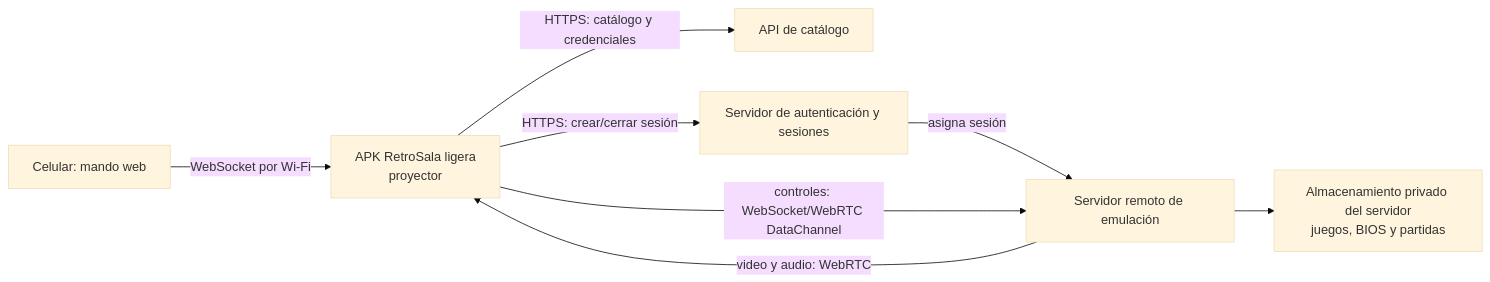
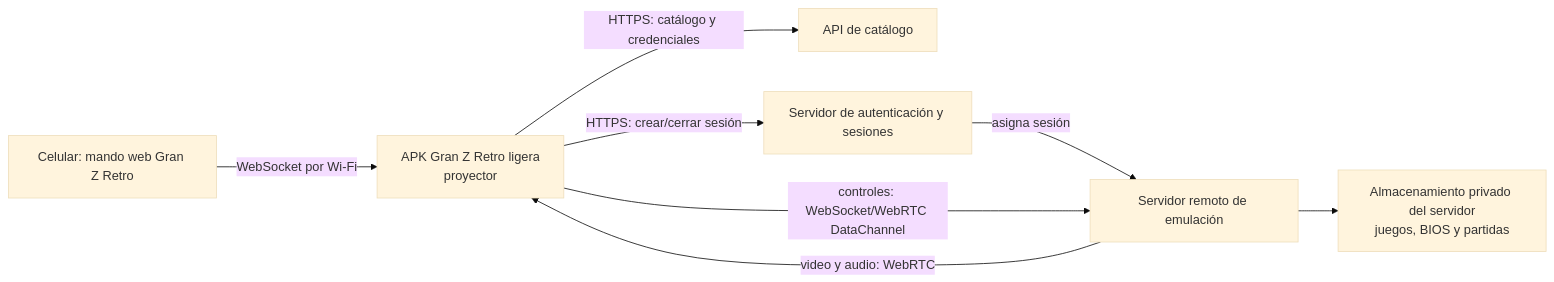
One commit to josemrojasamaya-cpu/retrocloud changed the diagram in ARQUITECTURA.md. Above: the diagram before and after it, drawn with Mermaid (base theme). The commit also changed other lines of this file and 17 other files, not shown here.

````diff
--- a/ARQUITECTURA.md
+++ b/ARQUITECTURA.md
@@ -3,10 +3,10 @@
 ```mermaid
 flowchart LR
-    P[Celular: mando web] -->|WebSocket por Wi-Fi| A[APK RetroSala ligera<br/>proyector]
+    P[Celular: mando web Gran Z Retro] -->|WebSocket por Wi-Fi| A[APK Gran Z Retro ligera<br/>proyector]
     A -->|HTTPS: catálogo y credenciales| C[API de catálogo]
     A -->|HTTPS: crear/cerrar sesión| S[Servidor de autenticación y sesiones]
     S -->|asigna sesión| E[Servidor remoto de emulación]
     E -->|video y audio: WebRTC| A
     A -->|controles: WebSocket/WebRTC DataChannel| E
     E --> G[Almacenamiento privado del servidor<br/>juegos, BIOS y partidas]
 ```
````
